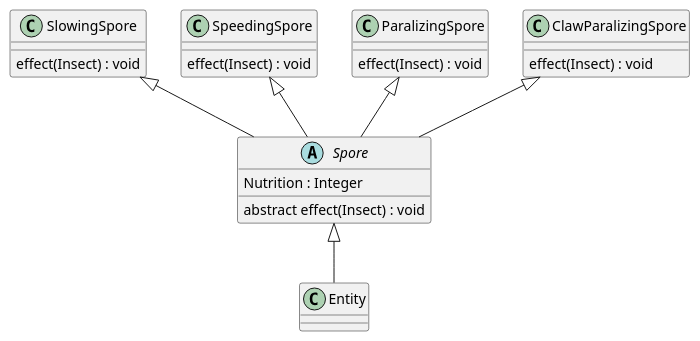
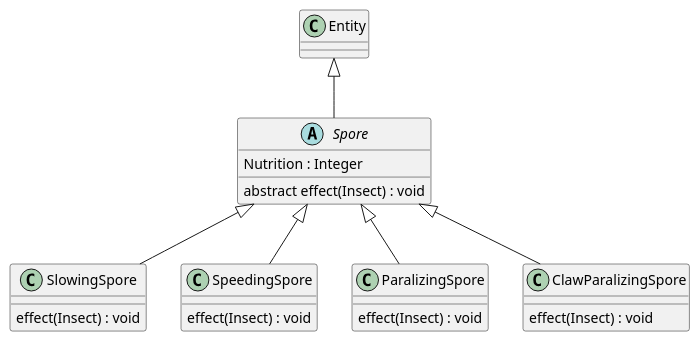
One commit to Petya-G/fungorium changed the diagram in 3/classes/spore.puml. Above: the diagram before and after it, drawn with PlantUML.

Commit message:
#fix spore arrow directions

```diff
--- a/3/classes/spore.puml
+++ b/3/classes/spore.puml
@@ -1,33 +1,33 @@
 @startuml spore
 
-Spore <|-- Entity
+Entity <|-- Spore
 
 abstract class Spore{
     Nutrition : Integer
     abstract effect(Insect) : void
 }
 
-SlowingSpore <|--Spore
+Spore <|--SlowingSpore
 class SlowingSpore{
     effect(Insect) : void
 
 }
 
-SpeedingSpore <|--Spore
+Spore <|--SpeedingSpore
 class SpeedingSpore{
     effect(Insect) : void
 
 }
 
-ParalizingSpore <|--Spore
+Spore <|--ParalizingSpore
 class ParalizingSpore{
     effect(Insect) : void
 
 }
 
-ClawParalizingSpore <|--Spore
+Spore <|--ClawParalizingSpore
 class ClawParalizingSpore{
     effect(Insect) : void
 
 }
 @enduml	
```
